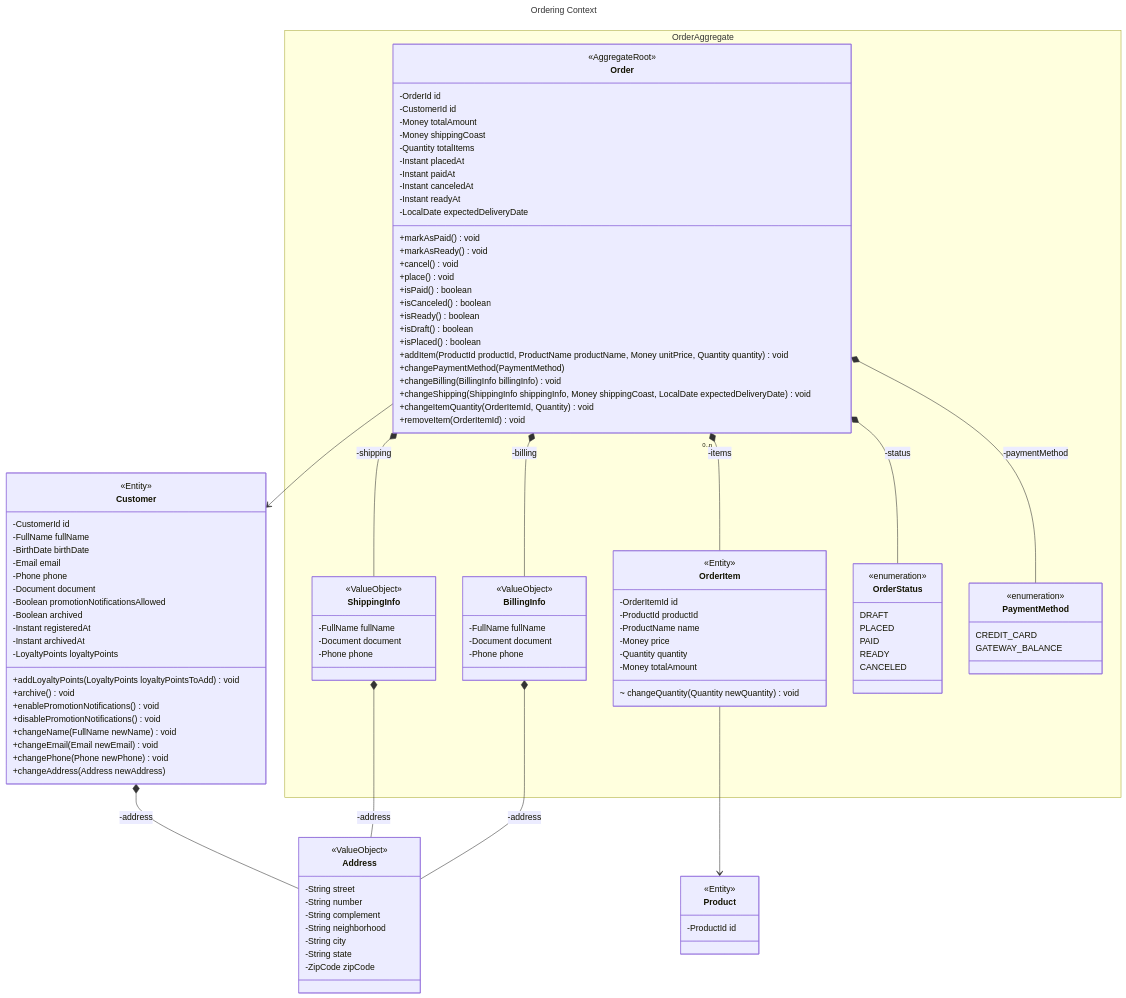
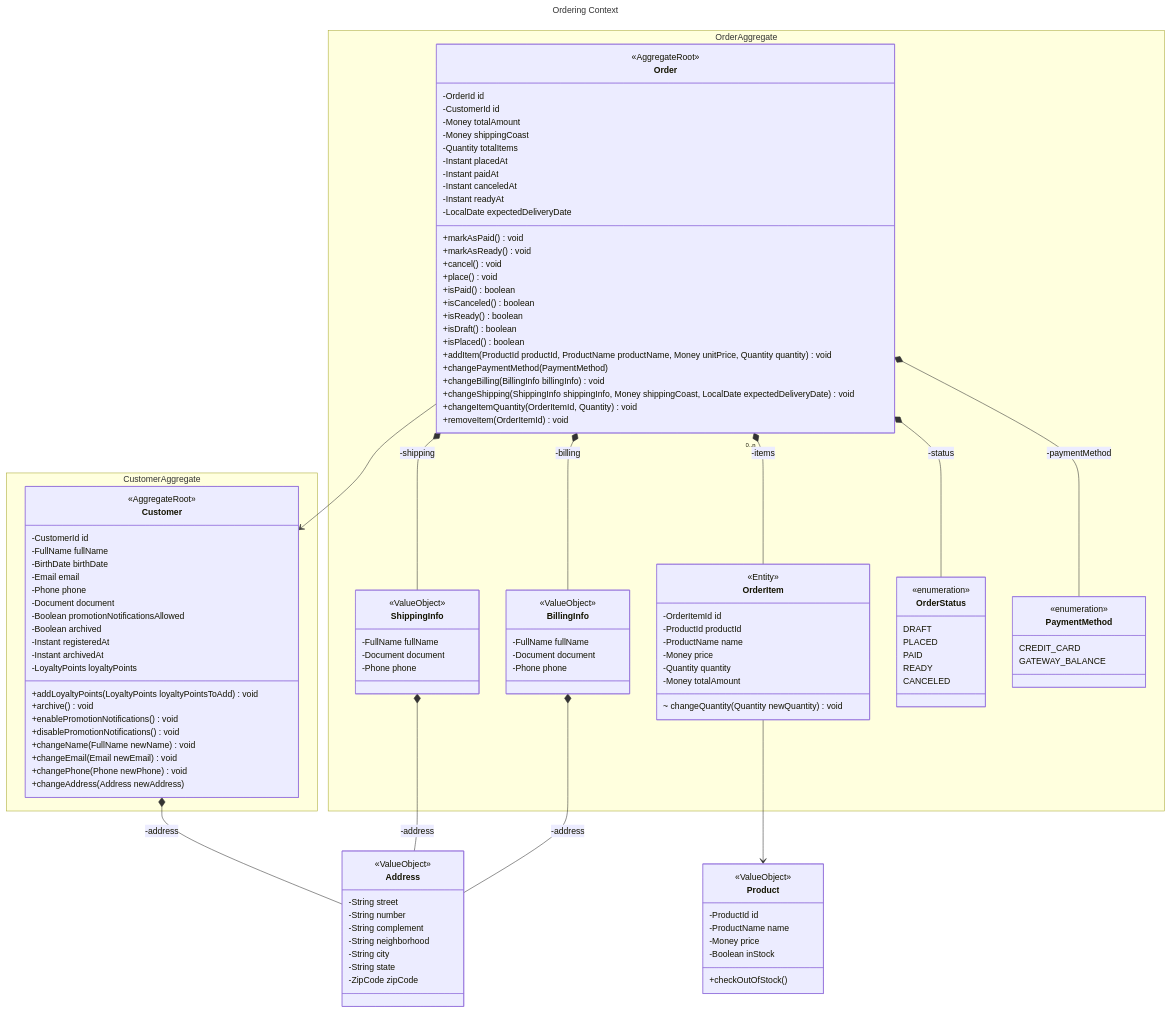
One commit to Allisson95/ems-algashop-docs changed the diagram in domain-model.mmd. Above: the diagram before and after it, drawn with Mermaid.

Commit message:
Refactor domain model with namespaced aggregates
Introduced namespaces for `CustomerAggregate` and `OrderAggregate` to organize entities and value objects. Added `Product` as a `ValueObject` and moved existing entities (e.g., `Order`, `Customer`) and their relationships into respective aggregates to enhance clarity in the domain model.

```diff
--- a/domain-model.mmd
+++ b/domain-model.mmd
@@ -1,131 +1,130 @@
 ---
 title: Ordering Context
 ---
 
 classDiagram
     class Address {
         <<ValueObject>>
         -String street
         -String number
         -String complement
         -String neighborhood
         -String city
         -String state
         -ZipCode zipCode
     }
 
-    class Customer {
-        <<Entity>>
-        -CustomerId id
-        -FullName fullName
-        -BirthDate birthDate
-        -Email email
-        -Phone phone
-        -Document document
-        -Boolean promotionNotificationsAllowed
-        -Boolean archived
-        -Instant registeredAt
-        -Instant archivedAt
-        -LoyaltyPoints loyaltyPoints
-        +addLoyaltyPoints(LoyaltyPoints loyaltyPointsToAdd) void
-        +archive() void
-        +enablePromotionNotifications() void
-        +disablePromotionNotifications() void
-        +changeName(FullName newName) void
-        +changeEmail(Email newEmail) void
-        +changePhone(Phone newPhone) void
-        +changeAddress(Address newAddress)
+    class Product {
+        <<ValueObject>>
+        -ProductId id
+        -ProductName name
+        -Money price
+        -Boolean inStock
+        +checkOutOfStock()
+    }
+
+    namespace CustomerAggregate {
+        class Customer {
+            <<AggregateRoot>>
+            -CustomerId id
+            -FullName fullName
+            -BirthDate birthDate
+            -Email email
+            -Phone phone
+            -Document document
+            -Boolean promotionNotificationsAllowed
+            -Boolean archived
+            -Instant registeredAt
+            -Instant archivedAt
+            -LoyaltyPoints loyaltyPoints
+            +addLoyaltyPoints(LoyaltyPoints loyaltyPointsToAdd) void
+            +archive() void
+            +enablePromotionNotifications() void
+            +disablePromotionNotifications() void
+            +changeName(FullName newName) void
+            +changeEmail(Email newEmail) void
+            +changePhone(Phone newPhone) void
+            +changeAddress(Address newAddress)
+        }
     }
     Customer *-- Address: -address
 
-    class Product {
-        <<Entity>>
-        -ProductId id
-    }
+    namespace OrderAggregate {
+        class ShippingInfo {
+            <<ValueObject>>
+            -FullName fullName
+            -Document document
+            -Phone phone
+        }
 
-    class ShippingInfo {
-        <<ValueObject>>
-        -FullName fullName
-        -Document document
-        -Phone phone
-    }
-    ShippingInfo *-- Address: -address
+        class BillingInfo {
+            <<ValueObject>>
+            -FullName fullName
+            -Document document
+            -Phone phone
+        }
 
-    class BillingInfo {
-        <<ValueObject>>
-        -FullName fullName
-        -Document document
-        -Phone phone
-    }
-    BillingInfo *-- Address: -address
+        class OrderItem {
+            <<Entity>>
+            -OrderItemId id
+            -ProductId productId
+            -ProductName name
+            -Money price
+            -Quantity quantity
+            -Money totalAmount
+            ~ changeQuantity(Quantity newQuantity) void
+        }
 
-    class OrderItem {
-        <<Entity>>
-        -OrderItemId id
-        -ProductId productId
-        -ProductName name
-        -Money price
-        -Quantity quantity
-        -Money totalAmount
-        ~ changeQuantity(Quantity newQuantity) void
-    }
-    OrderItem --> Product
+        class OrderStatus {
+            <<enumeration>>
+            DRAFT
+            PLACED
+            PAID
+            READY
+            CANCELED
+        }
 
-    class OrderStatus {
-        <<enumeration>>
-        DRAFT
-        PLACED
-        PAID
-        READY
-        CANCELED
-    }
+        class PaymentMethod {
+            <<enumeration>>
+            CREDIT_CARD
+            GATEWAY_BALANCE
+        }
 
-    class PaymentMethod {
-        <<enumeration>>
-        CREDIT_CARD
-        GATEWAY_BALANCE
-    }
-
-    class Order {
-        <<AggregateRoot>>
-        -OrderId id
-        -CustomerId id
-        -Money totalAmount
-        -Money shippingCoast
-        -Quantity totalItems
-        -Instant placedAt
-        -Instant paidAt
-        -Instant canceledAt
-        -Instant readyAt
-        -LocalDate expectedDeliveryDate
-        +markAsPaid() void
-        +markAsReady() void
-        +cancel() void
-        +place() void
-        +isPaid() boolean
-        +isCanceled() boolean
-        +isReady() boolean
-        +isDraft() boolean
-        +isPlaced() boolean
-        +addItem(ProductId productId, ProductName productName, Money unitPrice, Quantity quantity) void
-        +changePaymentMethod(PaymentMethod)
-        +changeBilling(BillingInfo billingInfo) void
-        +changeShipping(ShippingInfo shippingInfo, Money shippingCoast, LocalDate expectedDeliveryDate) void
-        +changeItemQuantity(OrderItemId, Quantity) void
-        +removeItem(OrderItemId) void
+        class Order {
+            <<AggregateRoot>>
+            -OrderId id
+            -CustomerId id
+            -Money totalAmount
+            -Money shippingCoast
+            -Quantity totalItems
+            -Instant placedAt
+            -Instant paidAt
+            -Instant canceledAt
+            -Instant readyAt
+            -LocalDate expectedDeliveryDate
+            +markAsPaid() void
+            +markAsReady() void
+            +cancel() void
+            +place() void
+            +isPaid() boolean
+            +isCanceled() boolean
+            +isReady() boolean
+            +isDraft() boolean
+            +isPlaced() boolean
+            +addItem(ProductId productId, ProductName productName, Money unitPrice, Quantity quantity) void
+            +changePaymentMethod(PaymentMethod)
+            +changeBilling(BillingInfo billingInfo) void
+            +changeShipping(ShippingInfo shippingInfo, Money shippingCoast, LocalDate expectedDeliveryDate) void
+            +changeItemQuantity(OrderItemId, Quantity) void
+            +removeItem(OrderItemId) void
+        }
     }
     Order --> Customer
     Order *-- OrderStatus: -status
     Order *-- PaymentMethod: -paymentMethod
     Order *-- ShippingInfo: -shipping
     Order *-- BillingInfo: -billing
     Order "0..n" *-- OrderItem: -items
-
-    namespace OrderAggregate {
-        class Order
-        class OrderItem
-        class ShippingInfo
-        class BillingInfo
-        class OrderStatus
-        class PaymentMethod
-    }
+    ShippingInfo *-- Address: -address
+    BillingInfo *-- Address: -address
+    OrderItem --> Product
```
